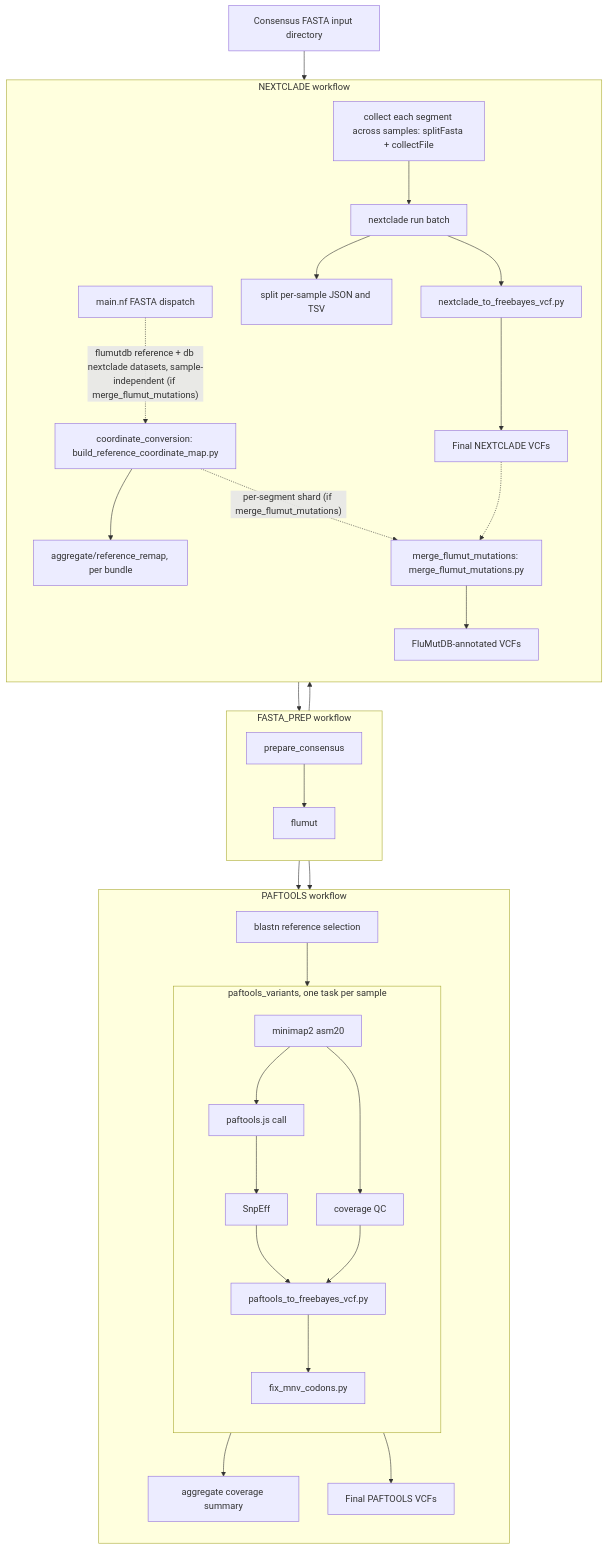
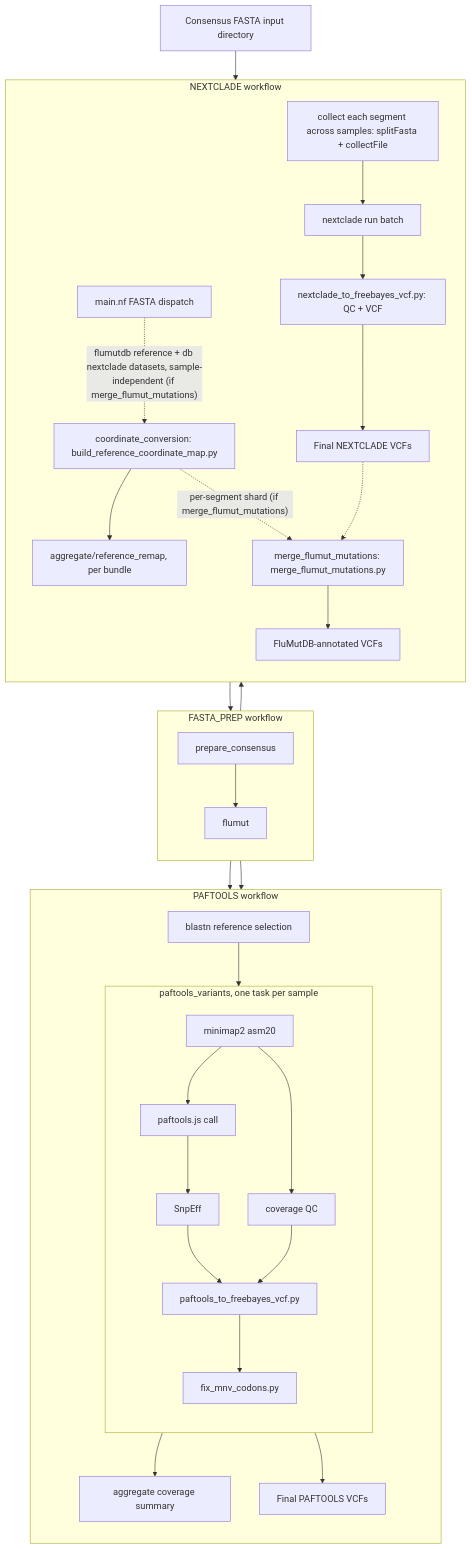
One commit to BCCDC-PHL/fluscan-nf changed the diagram in README.md. Above: the diagram before and after it, drawn with Mermaid. The commit also changed other lines of this file and 9 other files, not shown here.

````diff
--- a/README.md
+++ b/README.md
@@ -43,70 +42,68 @@
 ```mermaid
 flowchart TD
     input[Consensus FASTA input directory]
     dispatch[main.nf FASTA dispatch]
 
     input --> dispatch
     dispatch --> prepare
 
     subgraph FASTA_PREP[FASTA_PREP workflow]
         direction TB
         prepare[prepare_consensus]
         prep_flumut[flumut]
 
         prepare --> prep_flumut
     end
 
     subgraph PAFTOOLS[PAFTOOLS workflow]
         direction TB
         blastn[blastn reference selection]
         covagg[aggregate coverage summary]
         paf_final[Final PAFTOOLS VCFs]
 
         subgraph paftools_variants[paftools_variants, one task per sample]
             direction TB
             minimap[minimap2 asm20]
             covqc[coverage QC]
             paftools_call[paftools.js call]
             snpeff[SnpEff]
             paf2fb[paftools_to_freebayes_vcf.py]
             fixmnv_paf[fix_mnv_codons.py]
 
             minimap --> covqc
             minimap --> paftools_call
             paftools_call --> snpeff
             snpeff --> paf2fb
             covqc --> paf2fb
             paf2fb --> fixmnv_paf
         end
 
         prepare --> blastn
         prepare --> minimap
         blastn --> minimap
         covqc --> covagg
         fixmnv_paf --> paf_final
     end
 
     subgraph NEXTCLADE[NEXTCLADE workflow]
         direction TB
         groupseg[collect each segment across samples: splitFasta + collectFile]
         nc_run[nextclade run batch]
-        split_results[split per-sample JSON and TSV]
-        nc2vcf[nextclade_to_freebayes_vcf.py]
+        nc2vcf[nextclade_to_freebayes_vcf.py: QC + VCF]
         nc_final[Final NEXTCLADE VCFs]
         coord_map[coordinate_conversion: build_reference_coordinate_map.py]
         coord_final[aggregate/reference_remap, per bundle]
         flumut_merge[merge_flumut_mutations: merge_flumut_mutations.py]
         flumut_annotated[FluMutDB-annotated VCFs]
 
         prepare --> groupseg
         groupseg --> nc_run
-        nc_run --> split_results
         nc_run --> nc2vcf
         nc2vcf --> nc_final
         dispatch -.->|"flumutdb reference + db nextclade datasets, sample-independent (if merge_flumut_mutations)"| coord_map
         coord_map --> coord_final
         coord_map -.->|"per-segment shard (if merge_flumut_mutations)"| flumut_merge
         nc_final -.-> flumut_merge
         flumut_merge --> flumut_annotated
     end
 ```
````
